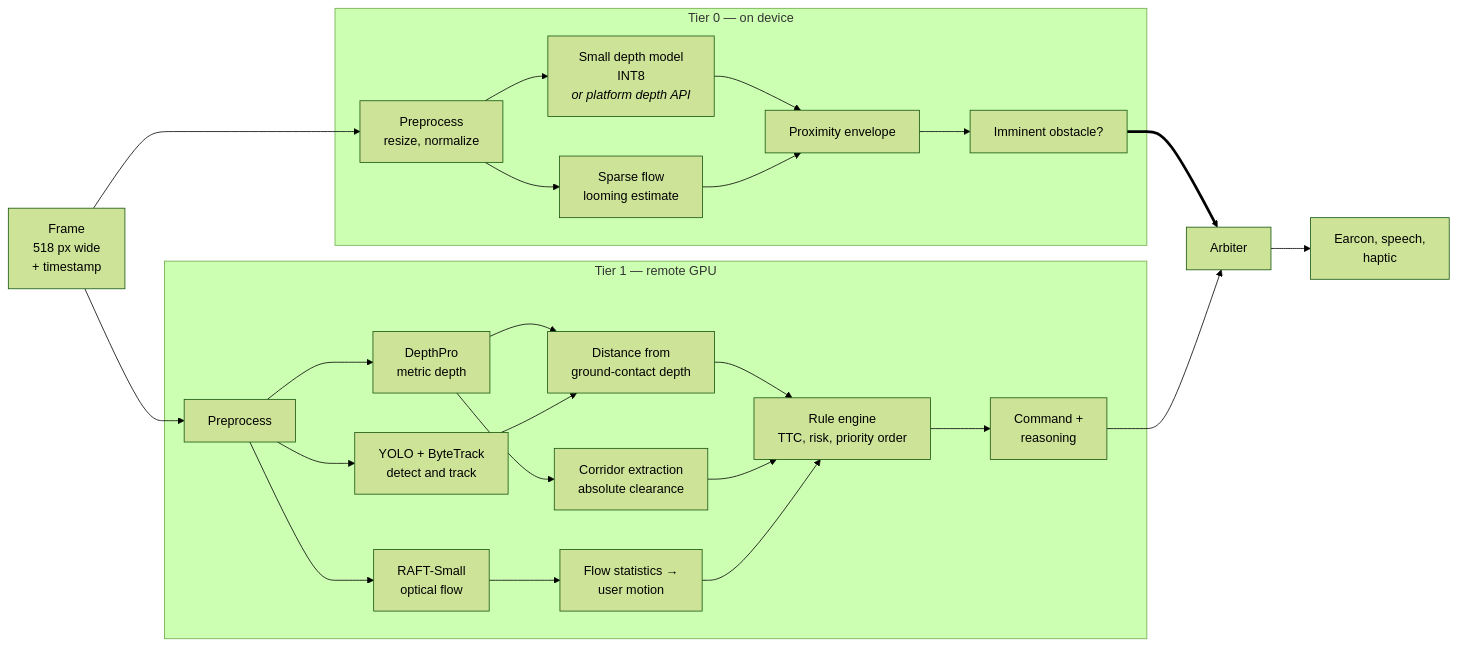
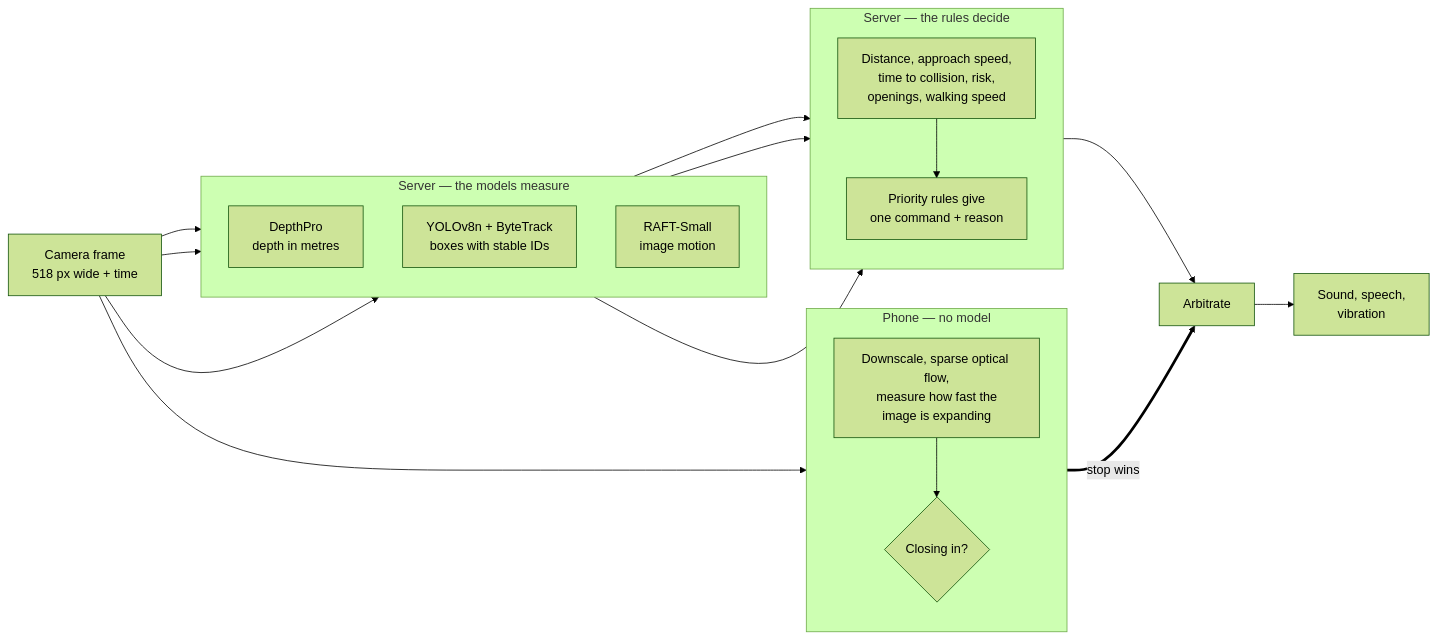
Before and after one commit to shahalam22/WalkSafe: diagram 13 of 14 in docs/SRS.md, drawn with Mermaid (forest theme). The commit also changed other lines of this file and 1 other file, not shown here.

````diff
--- a/docs/SRS.md
+++ b/docs/SRS.md
@@ -1030,32 +877,36 @@
 ```mermaid
 flowchart LR
-    IN["Frame<br/>518 px wide<br/>+ timestamp"] --> P1
+    F["Camera frame<br/>518 px wide + time"]
 
-    subgraph T0P["Tier 0 — on device"]
-        P1["Preprocess<br/>resize, normalize"] --> M0["Small depth model<br/>INT8<br/><i>or platform depth API</i>"]
-        P1 --> LM["Sparse flow<br/>looming estimate"]
-        M0 --> PR["Proximity envelope"]
-        LM --> PR
-        PR --> A0["Imminent obstacle?"]
+    subgraph ON["Phone — no model"]
+        direction TB
+        X["Downscale, sparse optical flow,<br/>measure how fast the<br/>image is expanding"]
+        XO{"Closing in?"}
+        X --> XO
     end
 
-    IN --> P2
-
-    subgraph T1P["Tier 1 — remote GPU"]
-        P2["Preprocess"] --> M1["DepthPro<br/>metric depth"]
-        P2 --> M2["YOLO + ByteTrack<br/>detect and track"]
-        P2 --> M3["RAFT-Small<br/>optical flow"]
-        M1 --> POST1["Distance from<br/>ground-contact depth"]
-        M2 --> POST1
-        M1 --> POST2["Corridor extraction<br/>absolute clearance"]
-        M3 --> POST3["Flow statistics →<br/>user motion"]
-        POST1 --> RULES["Rule engine<br/>TTC, risk, priority order"]
-        POST2 --> RULES
-        POST3 --> RULES
-        RULES --> A1["Command +<br/>reasoning"]
+    subgraph MODELS["Server — the models measure"]
+        direction TB
+        M1["DepthPro<br/>depth in metres"]
+        M2["YOLOv8n + ByteTrack<br/>boxes with stable IDs"]
+        M3["RAFT-Small<br/>image motion"]
     end
 
-    A0 ==> ARB["Arbiter"]
-    A1 --> ARB
-    ARB --> OUT["Earcon, speech,<br/>haptic"]
+    subgraph RULES["Server — the rules decide"]
+        direction TB
+        Q["Distance, approach speed,<br/>time to collision, risk,<br/>openings, walking speed"]
+        RL["Priority rules give<br/>one command + reason"]
+        Q --> RL
+    end
+
+    F --> X
+    F --> M1
+    F --> M2
+    F --> M3
+    M1 --> Q
+    M2 --> Q
+    M3 --> Q
+    XO ==>|stop wins| AR["Arbitrate"]
+    RL --> AR
+    AR --> OUT["Sound, speech,<br/>vibration"]
 ```
````
